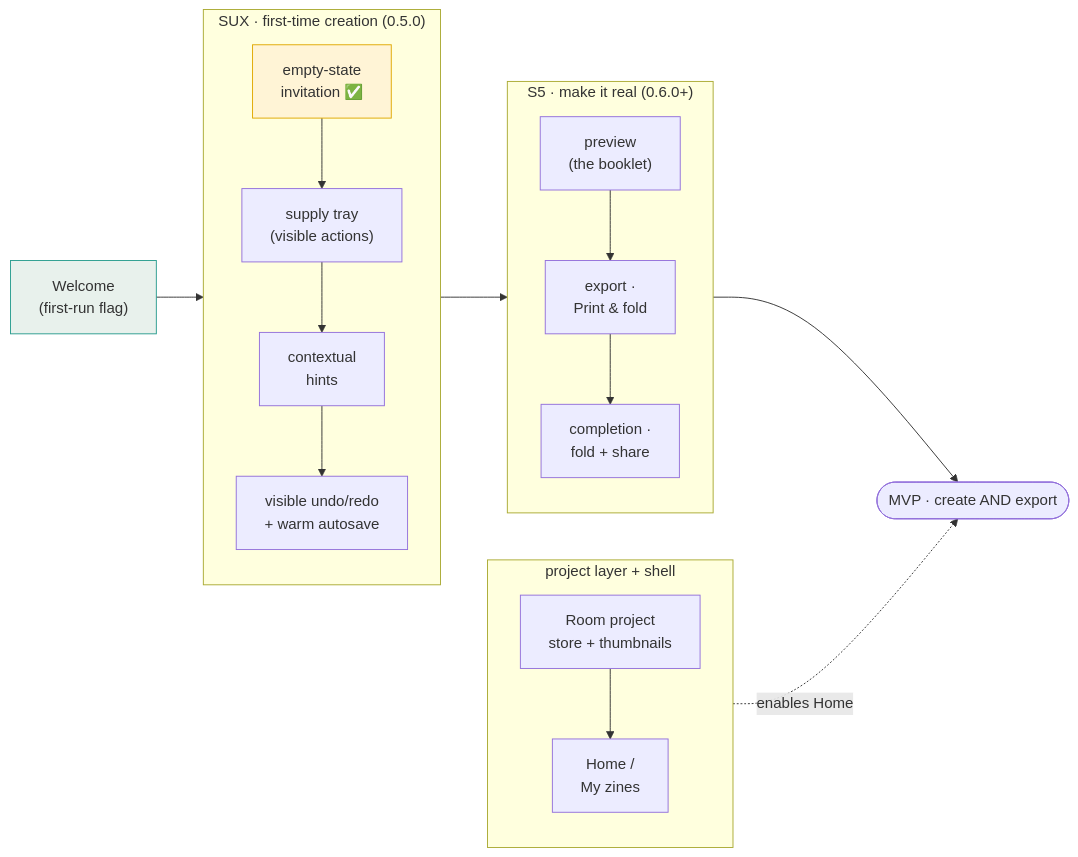
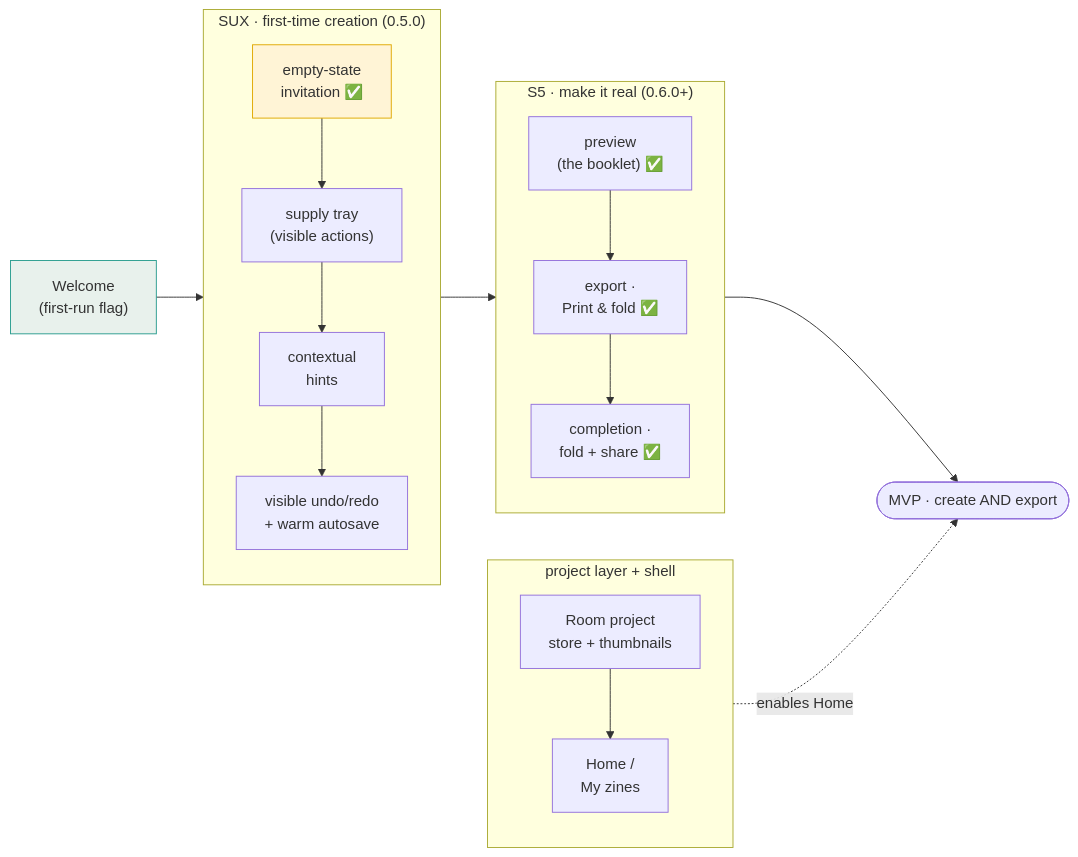
One commit to aritr-codes/zinely-android changed the third of 3 diagrams in docs/ROADMAP.md. Above: the diagram before and after it, drawn with Mermaid. The commit also changed other lines of this file, not shown here.

Commit message:
docs(roadmap): mark S5 export/share flow complete on main (#40)
All three S5 screens (preview #36, export #39 ADR-039, completion #38 ADR-040)
are merged to main and installed on device. Reflect that in the ROADMAP arc
diagram (X1/X2/X3 -> checked) and the readiness table (S5 row -> in-progress:
export/share shipped, Room project layer still future).

````diff
--- a/docs/ROADMAP.md
+++ b/docs/ROADMAP.md
@@ -63,18 +63,18 @@
 ```mermaid
 flowchart LR
     subgraph SUX["SUX · first-time creation (0.5.0)"]
       U1["empty-state\ninvitation ✅"] --> U2["supply tray\n(visible actions)"] --> U3["contextual\nhints"] --> U4["visible undo/redo\n+ warm autosave"]
     end
     subgraph S5["S5 · make it real (0.6.0+)"]
-      X1["preview\n(the booklet)"] --> X2["export ·\nPrint & fold"] --> X3["completion ·\nfold + share"]
+      X1["preview\n(the booklet) ✅"] --> X2["export ·\nPrint & fold ✅"] --> X3["completion ·\nfold + share ✅"]
     end
     subgraph PROJ["project layer + shell"]
       P1["Room project\nstore + thumbnails"] --> P2["Home /\nMy zines"]
     end
     W["Welcome\n(first-run flag)"]:::free --> SUX
     SUX --> S5 --> MVP(["MVP · create AND export"])
     PROJ -. enables Home .-> MVP
     classDef now fill:#fff4d6,stroke:#e0a800;
     classDef free fill:#e8f1ec,stroke:#2A9D8F;
     class U1 now;
 ```
````
